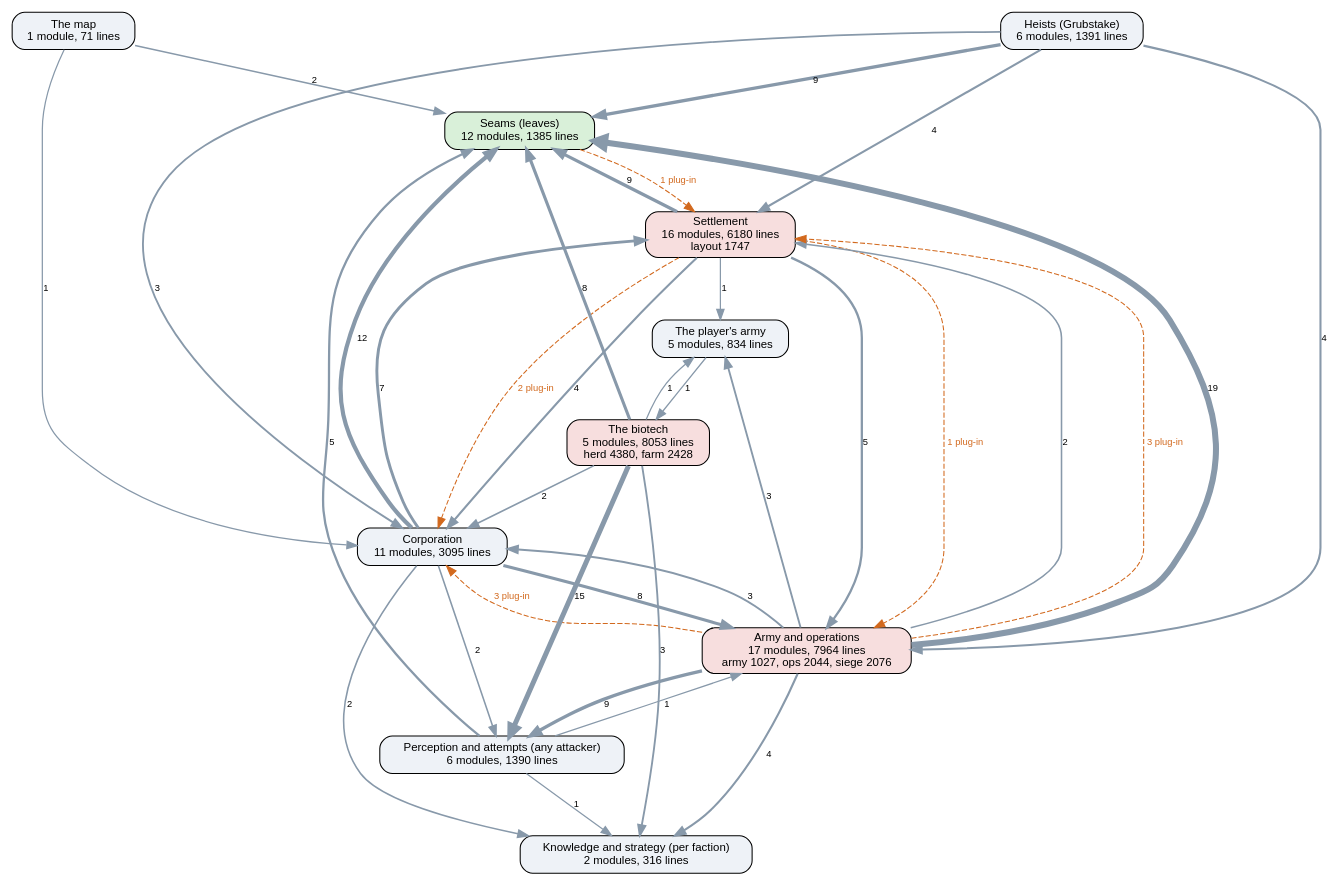
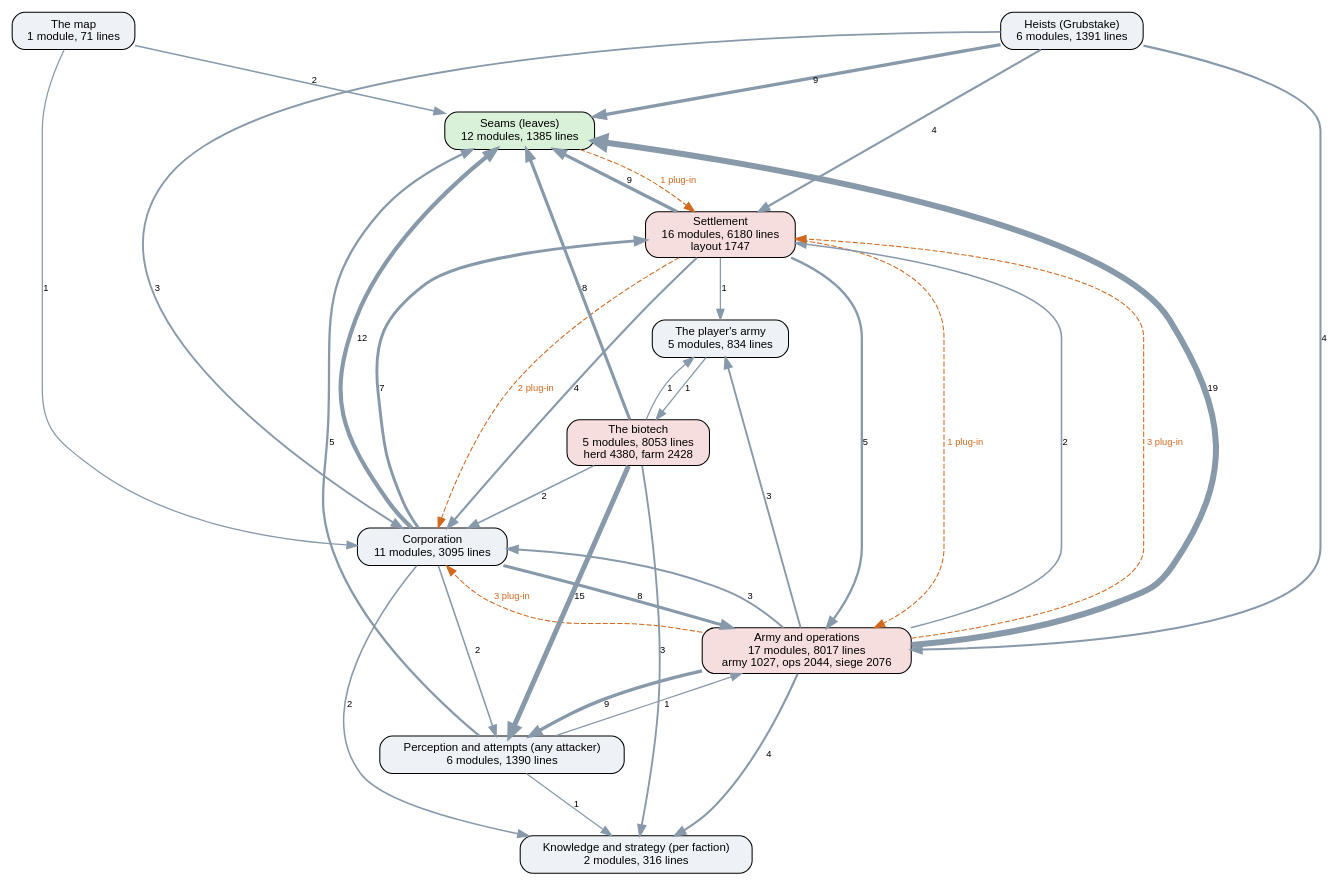
The diagram in docs/ai-layers.dot (kinelhu/landing-party), drawn with Graphviz before and after one commit. The commit also changed 12 other files, not shown here.

```diff
--- a/docs/ai-layers.dot
+++ b/docs/ai-layers.dot
@@ -1,50 +1,50 @@
 digraph layers {
   graph [rankdir=TB, fontname="Helvetica", nodesep=0.5, ranksep=0.7];
   node [shape=box, style="rounded,filled", fontname="Helvetica", fontsize=11, fillcolor="#eef2f7"];
   edge [color="#8899aa", fontname="Helvetica", fontsize=9];
   "Seams (leaves)" [label="Seams (leaves)\n12 modules, 1385 lines", fillcolor="#d9f0d9"];
   "Perception and attempts (any attacker)" [label="Perception and attempts (any attacker)\n6 modules, 1390 lines", fillcolor="#eef2f7"];
   "Knowledge and strategy (per faction)" [label="Knowledge and strategy (per faction)\n2 modules, 316 lines", fillcolor="#eef2f7"];
   "Corporation" [label="Corporation\n11 modules, 3095 lines", fillcolor="#eef2f7"];
   "Settlement" [label="Settlement\n16 modules, 6180 lines\nlayout 1747", fillcolor="#f7dede"];
-  "Army and operations" [label="Army and operations\n17 modules, 7964 lines\narmy 1027, ops 2044, siege 2076", fillcolor="#f7dede"];
+  "Army and operations" [label="Army and operations\n17 modules, 8017 lines\narmy 1027, ops 2044, siege 2076", fillcolor="#f7dede"];
   "Heists (Grubstake)" [label="Heists (Grubstake)\n6 modules, 1391 lines", fillcolor="#eef2f7"];
   "The biotech" [label="The biotech\n5 modules, 8053 lines\nherd 4380, farm 2428", fillcolor="#f7dede"];
   "The map" [label="The map\n1 module, 71 lines", fillcolor="#eef2f7"];
   "The player's army" [label="The player's army\n5 modules, 834 lines", fillcolor="#eef2f7"];
   "Army and operations" -> "Corporation" [label="3", penwidth=1.8];
   "Army and operations" -> "Knowledge and strategy (per faction)" [label="4", penwidth=2.0];
   "Army and operations" -> "Perception and attempts (any attacker)" [label="9", penwidth=3.2];
   "Army and operations" -> "Seams (leaves)" [label="19", penwidth=5.8];
   "Army and operations" -> "Settlement" [label="2", penwidth=1.5];
   "Army and operations" -> "The player's army" [label="3", penwidth=1.8];
   "Corporation" -> "Army and operations" [label="8", penwidth=3.0];
   "Corporation" -> "Knowledge and strategy (per faction)" [label="2", penwidth=1.5];
   "Corporation" -> "Perception and attempts (any attacker)" [label="2", penwidth=1.5];
   "Corporation" -> "Seams (leaves)" [label="12", penwidth=4.0];
   "Corporation" -> "Settlement" [label="7", penwidth=2.8];
   "Heists (Grubstake)" -> "Army and operations" [label="4", penwidth=2.0];
   "Heists (Grubstake)" -> "Corporation" [label="3", penwidth=1.8];
   "Heists (Grubstake)" -> "Seams (leaves)" [label="9", penwidth=3.2];
   "Heists (Grubstake)" -> "Settlement" [label="4", penwidth=2.0];
   "Perception and attempts (any attacker)" -> "Army and operations" [label="1", penwidth=1.2];
   "Perception and attempts (any attacker)" -> "Knowledge and strategy (per faction)" [label="1", penwidth=1.2];
   "Perception and attempts (any attacker)" -> "Seams (leaves)" [label="5", penwidth=2.2];
   "Settlement" -> "Army and operations" [label="5", penwidth=2.2];
   "Settlement" -> "Corporation" [label="4", penwidth=2.0];
   "Settlement" -> "Seams (leaves)" [label="9", penwidth=3.2];
   "Settlement" -> "The player's army" [label="1", penwidth=1.2];
   "The biotech" -> "Corporation" [label="2", penwidth=1.5];
   "The biotech" -> "Knowledge and strategy (per faction)" [label="3", penwidth=1.8];
   "The biotech" -> "Perception and attempts (any attacker)" [label="15", penwidth=4.8];
   "The biotech" -> "Seams (leaves)" [label="8", penwidth=3.0];
   "The biotech" -> "The player's army" [label="1", penwidth=1.2];
   "The map" -> "Corporation" [label="1", penwidth=1.2];
   "The map" -> "Seams (leaves)" [label="2", penwidth=1.5];
   "The player's army" -> "The biotech" [label="1", penwidth=1.2];
   "Army and operations" -> "Corporation" [style=dashed, color="#d2691e", fontcolor="#d2691e", label="3 plug-in"];
   "Army and operations" -> "Settlement" [style=dashed, color="#d2691e", fontcolor="#d2691e", label="3 plug-in"];
   "Seams (leaves)" -> "Settlement" [style=dashed, color="#d2691e", fontcolor="#d2691e", label="1 plug-in"];
   "Settlement" -> "Army and operations" [style=dashed, color="#d2691e", fontcolor="#d2691e", label="1 plug-in"];
   "Settlement" -> "Corporation" [style=dashed, color="#d2691e", fontcolor="#d2691e", label="2 plug-in"];
 }
```
